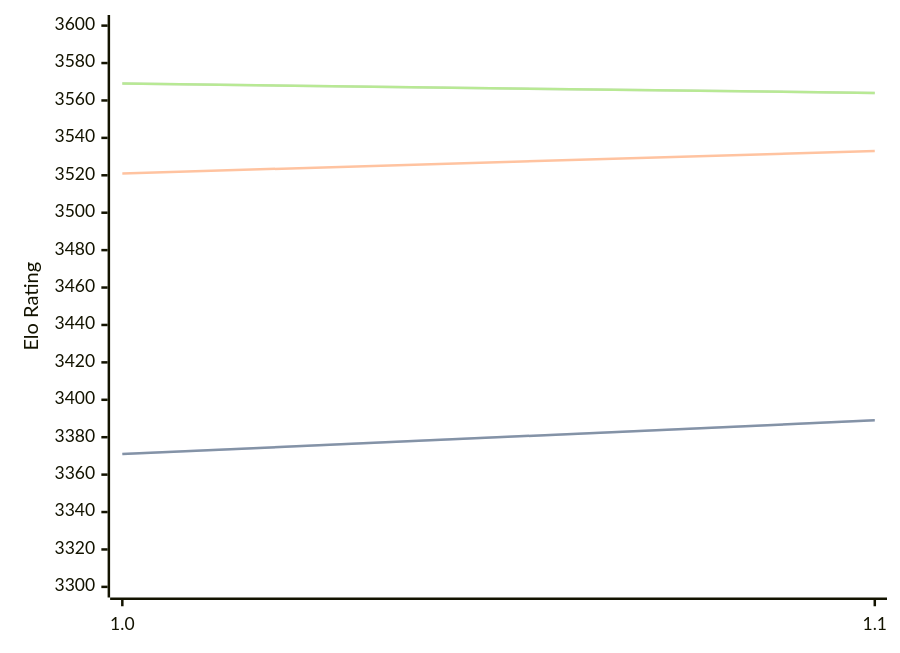
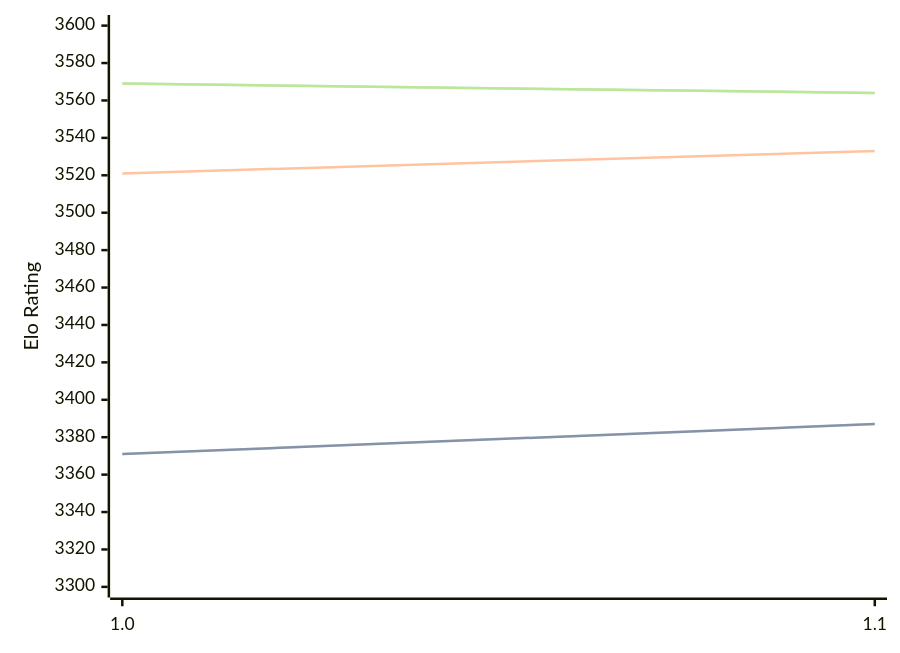
One commit to computer-chess-index/cci changed the diagram in engines/Horsie.md. Above: the diagram before and after it, drawn with Mermaid. The commit also changed other lines of this file, not shown here.

Commit message:
Update CCI Ratings (ELO VLTC) - 2026-03-16

````diff
--- a/engines/Horsie.md
+++ b/engines/Horsie.md
@@ -30,11 +30,11 @@
 ```mermaid
 %%{init: {"theme":"base","themeVariables":{"seriesColors:['#a3a3a3','#222221','#faa371']}}}%%
 xychart-beta
   x-axis ["1.0", "1.1"]
   y-axis "Elo Rating" 3300 --> 3600
-  line "STC (8.0+0.08s)" [3371, 3389]
-  line "STC (8.0+0.08s)" [3371, 3389]
+  line "STC (8.0+0.08s)" [3371, 3387]
+  line "STC (8.0+0.08s)" [3371, 3387]
   line "LTC (60.0+0.60s)" [3521, 3533]
   line "VLTC (2m24s+1.12s)" [3569, 3564]
   line "VLTC (2m24s+1.12s)" [3569, 3564]
 ```
````
